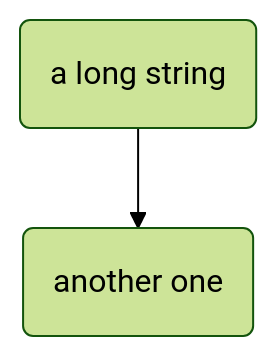
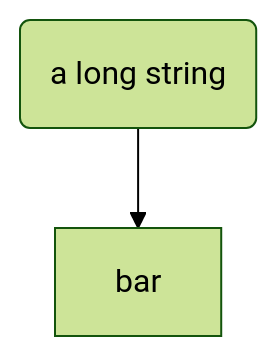
Diagram 16 of 16 in sandbox/MerMaid_diagram_integration.md (funjobie/OpenSwordArtsVR), drawn with Mermaid (forest theme) before and after one commit. The commit also changed other lines of this file, not shown here.

````diff
--- a/sandbox/MerMaid_diagram_integration.md
+++ b/sandbox/MerMaid_diagram_integration.md
@@ -195,4 +205,4 @@
 ```mermaid
 flowchart TD
-    foo(a long string) --> bar(another one)
+    foo(a long string) --> bar
 ```
````
